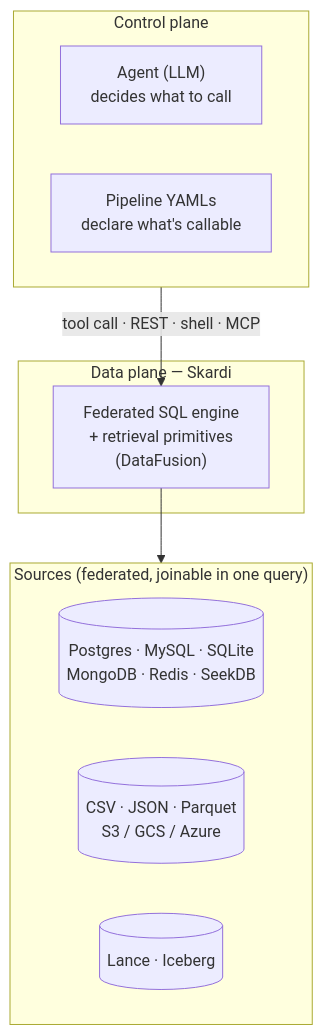
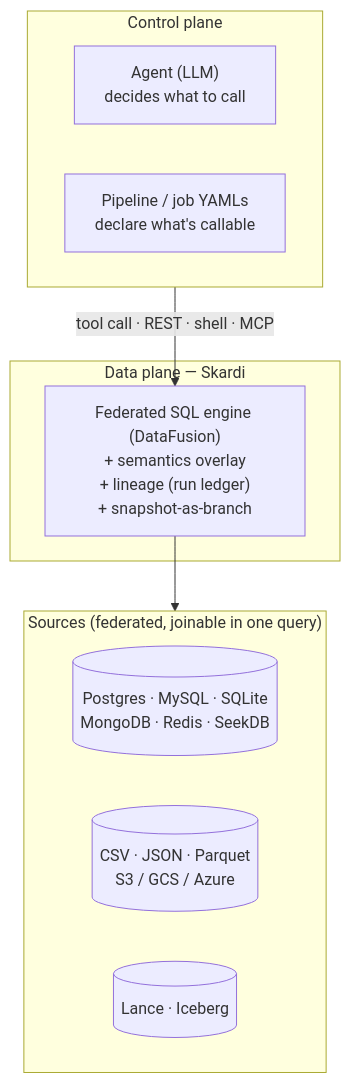
The diagram in docs/agent_data_plane.md (SkardiLabs/skardi), drawn with Mermaid before and after one commit. The commit also changed other lines of this file, not shown here.

````diff
--- a/docs/agent_data_plane.md
+++ b/docs/agent_data_plane.md
@@ -13,21 +21,21 @@
 ```mermaid
 flowchart TB
     subgraph cp["Control plane"]
         agent["Agent (LLM)<br/>decides what to call"]
-        yaml["Pipeline YAMLs<br/>declare what's callable"]
+        yaml["Pipeline / job YAMLs<br/>declare what's callable"]
     end
 
     subgraph dp["Data plane — Skardi"]
-        skardi["Federated SQL engine<br/>+ retrieval primitives<br/>(DataFusion)"]
+        skardi["Federated SQL engine (DataFusion)<br/>+ semantics overlay<br/>+ lineage (run ledger)<br/>+ snapshot-as-branch"]
     end
 
     subgraph sources["Sources (federated, joinable in one query)"]
         direction LR
         dbs[("Postgres · MySQL · SQLite<br/>MongoDB · Redis · SeekDB")]
         files[("CSV · JSON · Parquet<br/>S3 / GCS / Azure")]
         lakes[("Lance · Iceberg")]
     end
 
     cp -->|"tool call · REST · shell · MCP"| skardi
     skardi --> sources
 ```
````
